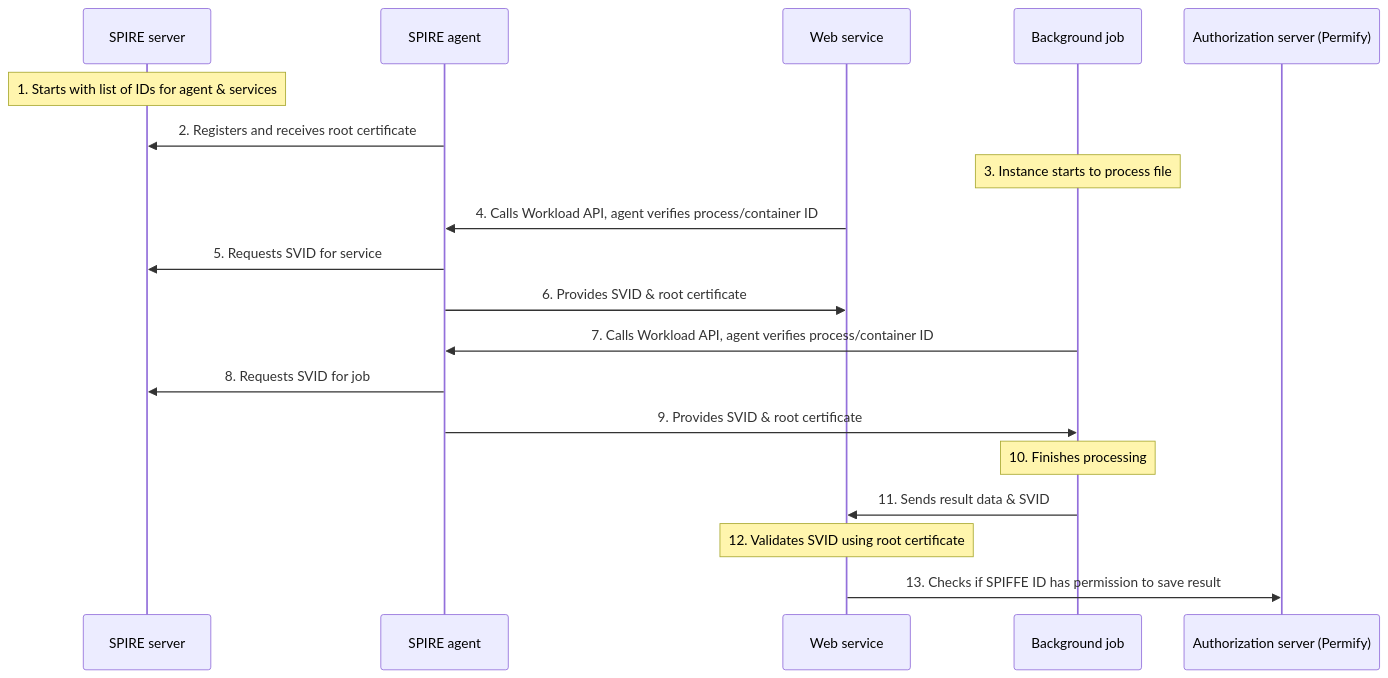
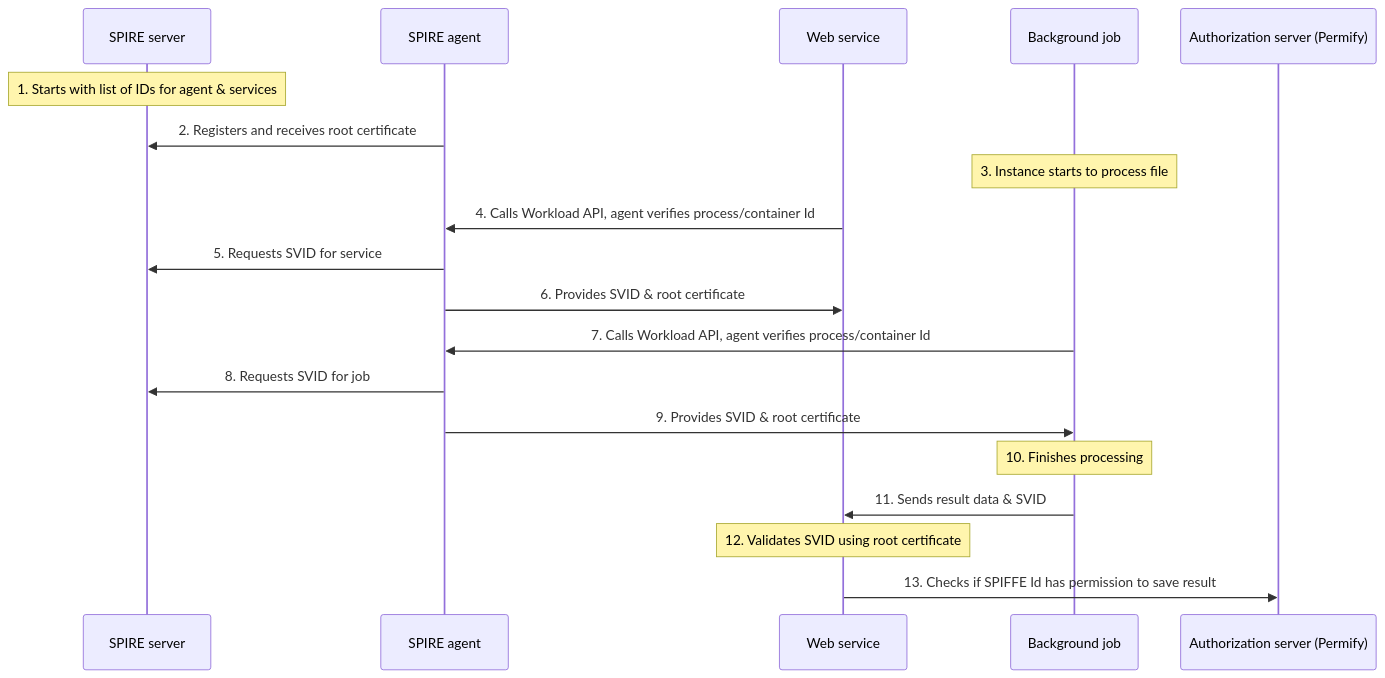
The first of 2 diagrams in astro/src/content/docs/operate/secure/permify-spire.mdx (FusionAuth/fusionauth-site), drawn with Mermaid before and after one commit. The commit also changed other lines of this file, not shown here.

````diff
--- a/astro/src/content/docs/operate/secure/permify-spire.mdx
+++ b/astro/src/content/docs/operate/secure/permify-spire.mdx
@@ -81,22 +81,22 @@
 ```mermaid
 sequenceDiagram
     participant Server as SPIRE server
     participant Agent as SPIRE agent
     participant Web as Web service
     participant Job as Background job
     participant Auth as Authorization server (Permify)
 
     Note over Server: 1. Starts with list of IDs for agent & services
     Agent->>Server: 2. Registers and receives root certificate
     Note over Job: 3. Instance starts to process file
-    Web->>Agent: 4. Calls Workload API, agent verifies process/container ID
+    Web->>Agent: 4. Calls Workload API, agent verifies process/container Id
     Agent->>Server: 5. Requests SVID for service
     Agent->>Web: 6. Provides SVID & root certificate
-    Job->>Agent: 7. Calls Workload API, agent verifies process/container ID
+    Job->>Agent: 7. Calls Workload API, agent verifies process/container Id
     Agent->>Server: 8. Requests SVID for job
     Agent->>Job: 9. Provides SVID & root certificate
     Note over Job: 10. Finishes processing
     Job->>Web: 11. Sends result data & SVID
     Note over Web: 12. Validates SVID using root certificate
-    Web->>Auth: 13. Checks if SPIFFE ID has permission to save result
+    Web->>Auth: 13. Checks if SPIFFE Id has permission to save result
 ```
````
